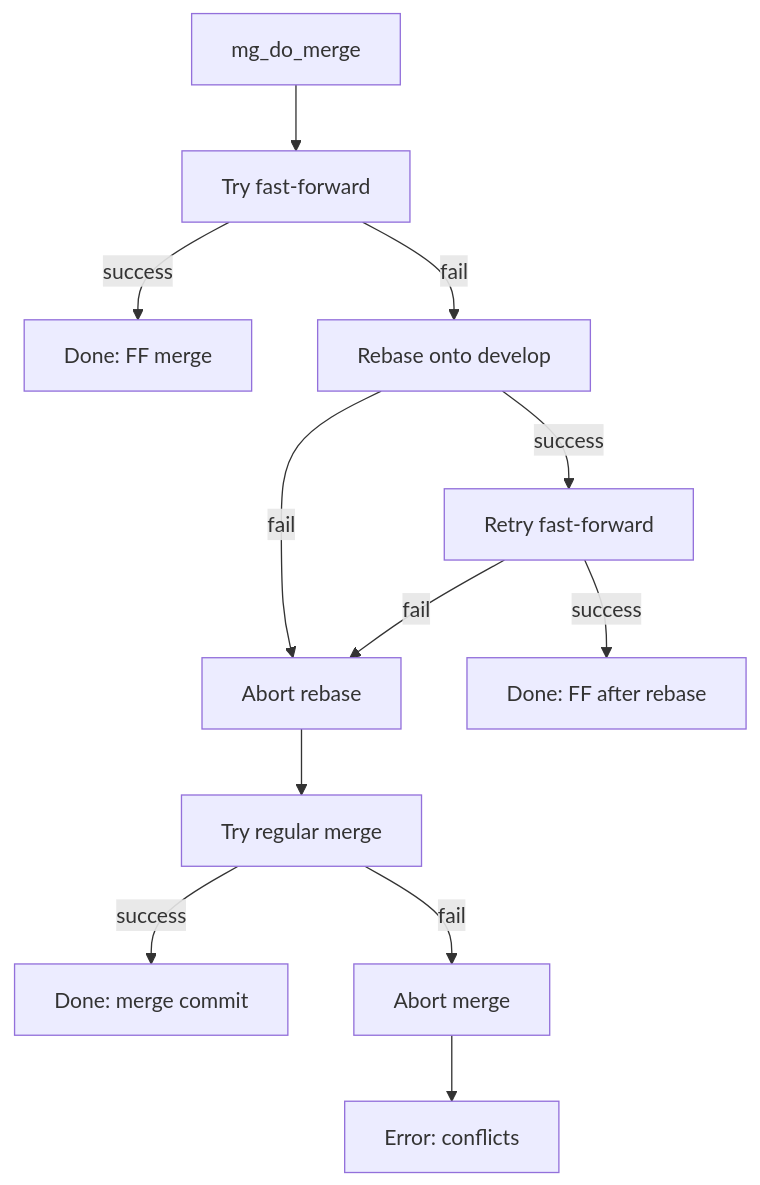
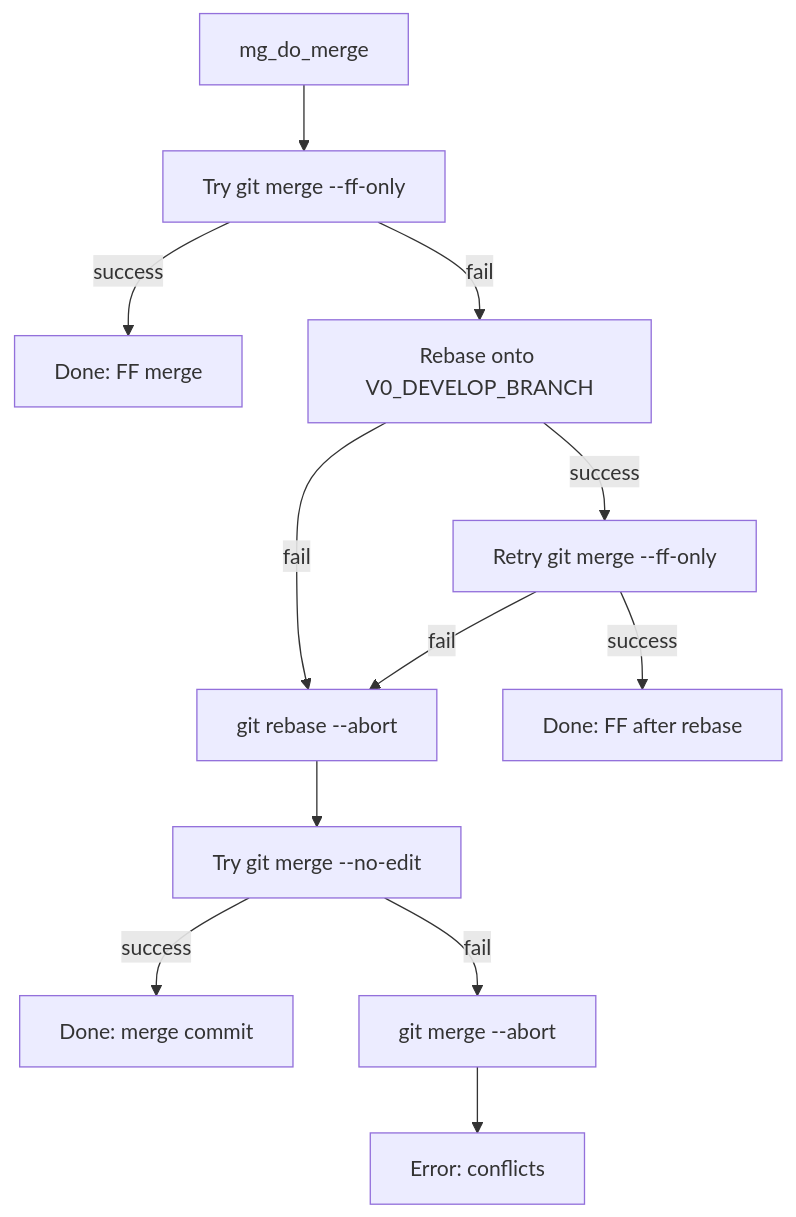
One commit to alfredjeanlab/v0 changed the third of 5 diagrams in docs/arch/commands/v0-merge.md. Above: the diagram before and after it, drawn with Mermaid. The commit also changed other lines of this file and 1 other file, not shown here.

First line of the commit message:
Chore: update merge docs to match implementation

````diff
--- a/docs/arch/commands/v0-merge.md
+++ b/docs/arch/commands/v0-merge.md
@@ -131,20 +133,20 @@
 ```mermaid
 flowchart TD
-    start[mg_do_merge] --> try_ff[Try fast-forward]
+    start[mg_do_merge] --> try_ff[Try git merge --ff-only]
 
     try_ff -->|success| done_ff[Done: FF merge]
-    try_ff -->|fail| try_rebase[Rebase onto develop]
+    try_ff -->|fail| try_rebase[Rebase onto V0_DEVELOP_BRANCH]
 
-    try_rebase -->|success| retry_ff[Retry fast-forward]
-    try_rebase -->|fail| abort_rebase[Abort rebase]
+    try_rebase -->|success| retry_ff[Retry git merge --ff-only]
+    try_rebase -->|fail| abort_rebase[git rebase --abort]
 
     retry_ff -->|success| done_rebase[Done: FF after rebase]
     retry_ff -->|fail| abort_rebase
 
-    abort_rebase --> try_merge[Try regular merge]
+    abort_rebase --> try_merge[Try git merge --no-edit]
 
     try_merge -->|success| done_merge[Done: merge commit]
-    try_merge -->|fail| abort_merge[Abort merge]
+    try_merge -->|fail| abort_merge[git merge --abort]
 
     abort_merge --> error[Error: conflicts]
 ```
````
